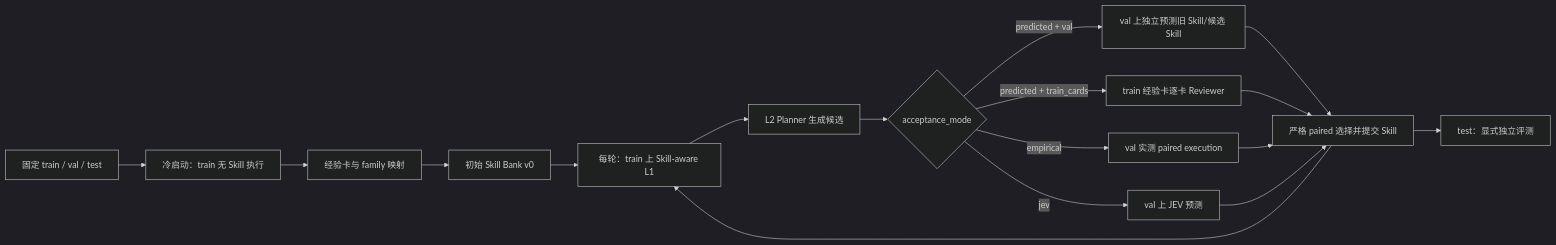
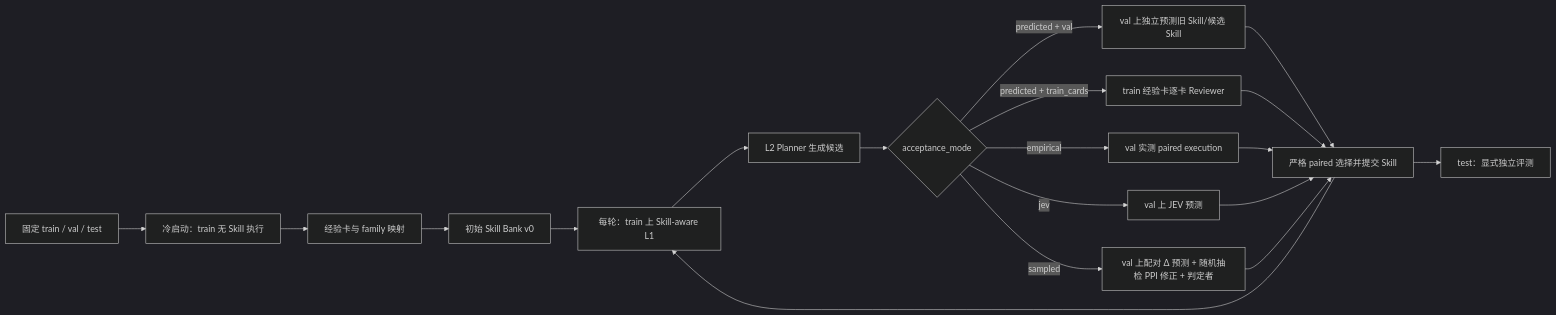
The diagram in README.md (neumyor/SkillExpand), drawn with Mermaid (dark theme) before and after one commit. The commit also changed other lines of this file and 11 other files, not shown here.

````diff
--- a/README.md
+++ b/README.md
@@ -9,19 +9,21 @@
 ```mermaid
 flowchart LR
   A[固定 train / val / test] --> B[冷启动：train 无 Skill 执行]
   B --> C[经验卡与 family 映射]
   C --> D[初始 Skill Bank v0]
   D --> E[每轮：train 上 Skill-aware L1]
   E --> F[L2 Planner 生成候选]
   F --> G{acceptance_mode}
   G -->|predicted + val| H[val 上独立预测旧 Skill/候选 Skill]
   G -->|predicted + train_cards| I[train 经验卡逐卡 Reviewer]
   G -->|empirical| J[val 实测 paired execution]
   G -->|jev| K[val 上 JEV 预测]
+  G -->|sampled| N[val 上配对 Δ 预测 + 随机抽检 PPI 修正 + 判定者]
   H --> L[严格 paired 选择并提交 Skill]
   I --> L
   J --> L
   K --> L
+  N --> L
   L --> E
   L --> M[test：显式独立评测]
 ```
````
